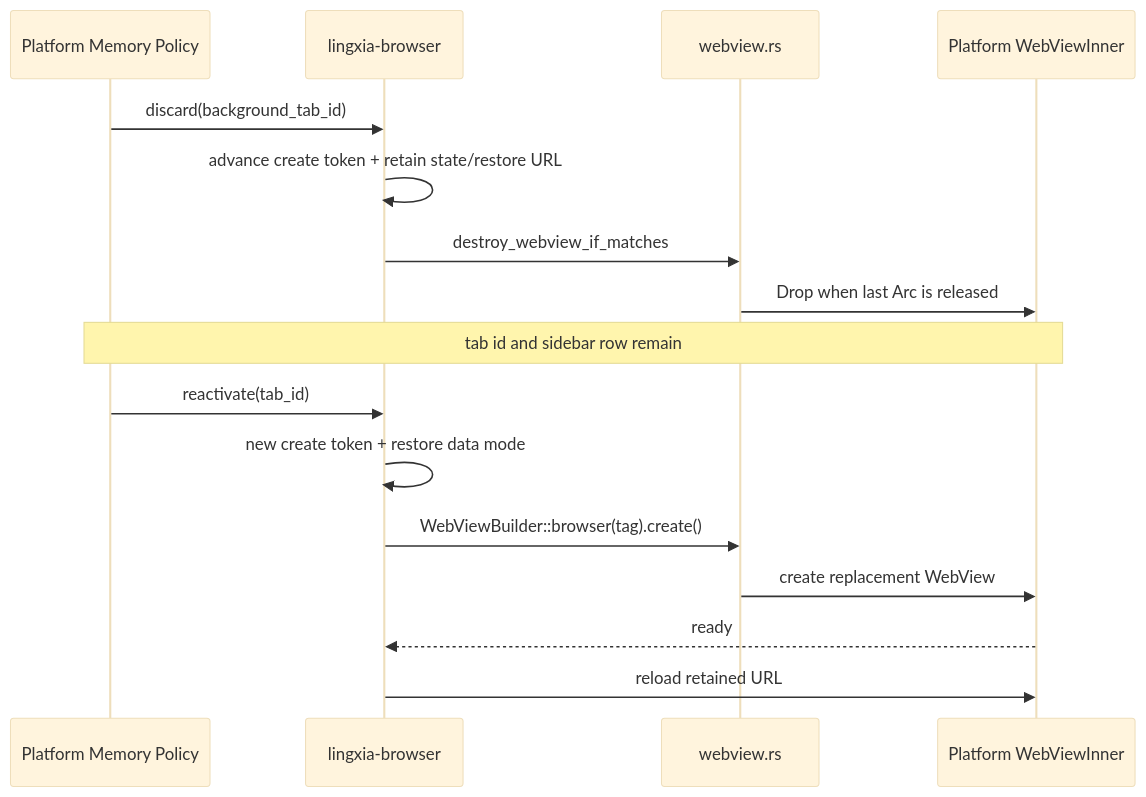
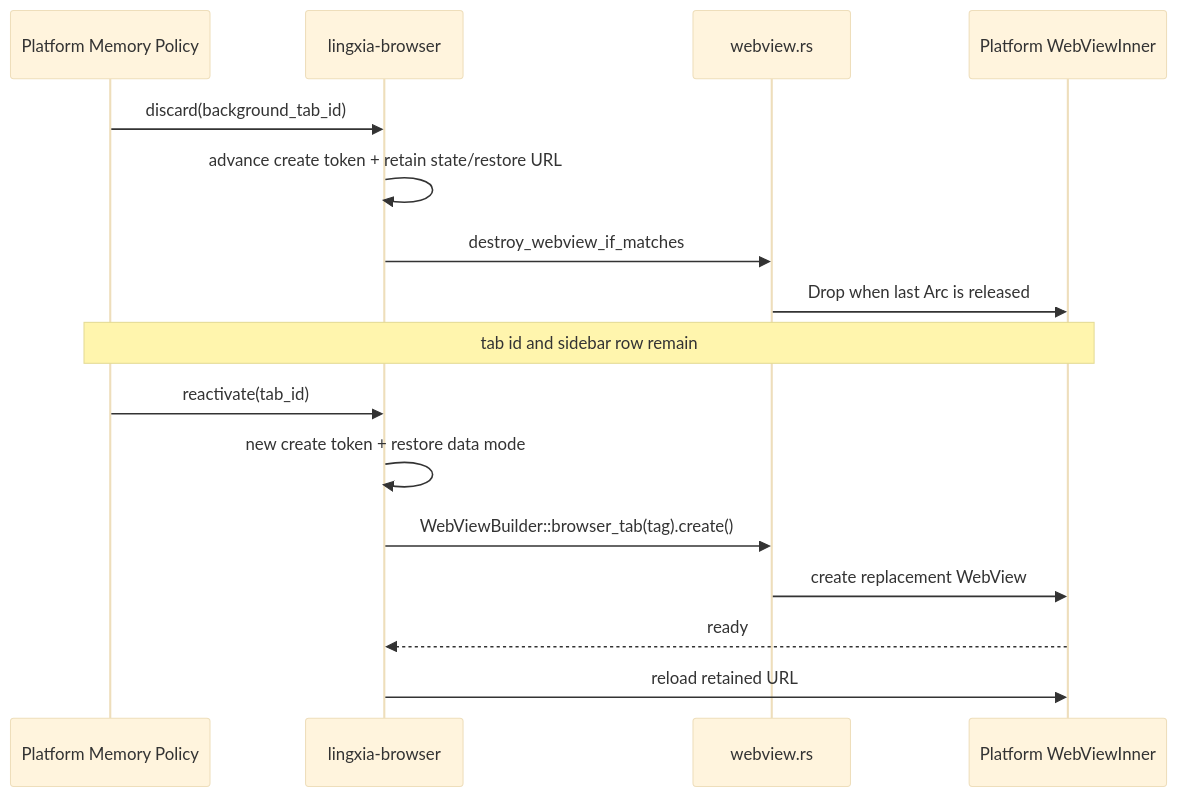
Before and after one commit to LingXia-Dev/LingXia: the fourth of 5 diagrams in docs/internal/webview-lifecycle.md, drawn with Mermaid (base theme). The commit also changed other lines of this file and 31 other files, not shown here.

````diff
--- a/docs/internal/webview-lifecycle.md
+++ b/docs/internal/webview-lifecycle.md
@@ -1156,21 +1239,21 @@
 ```mermaid
 sequenceDiagram
   participant Policy as Platform Memory Policy
   participant Browser as lingxia-browser
   participant Core as webview.rs
   participant Backend as Platform WebViewInner
 
   Policy->>Browser: discard(background_tab_id)
   Browser->>Browser: advance create token + retain state/restore URL
   Browser->>Core: destroy_webview_if_matches
   Core->>Backend: Drop when last Arc is released
 
   Note over Policy,Backend: tab id and sidebar row remain
 
   Policy->>Browser: reactivate(tab_id)
   Browser->>Browser: new create token + restore data mode
-  Browser->>Core: WebViewBuilder::browser(tag).create()
+  Browser->>Core: WebViewBuilder::browser_tab(tag).create()
   Core->>Backend: create replacement WebView
   Backend-->>Browser: ready
   Browser->>Backend: reload retained URL
 ```
````
